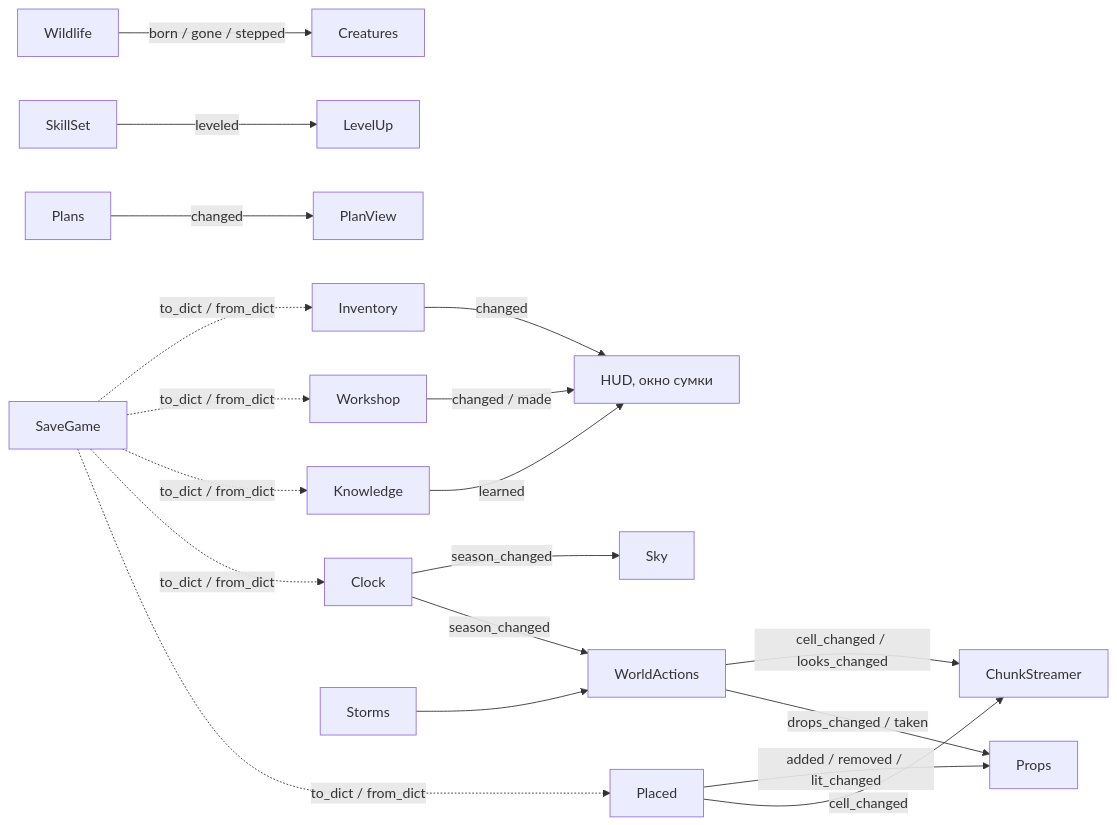
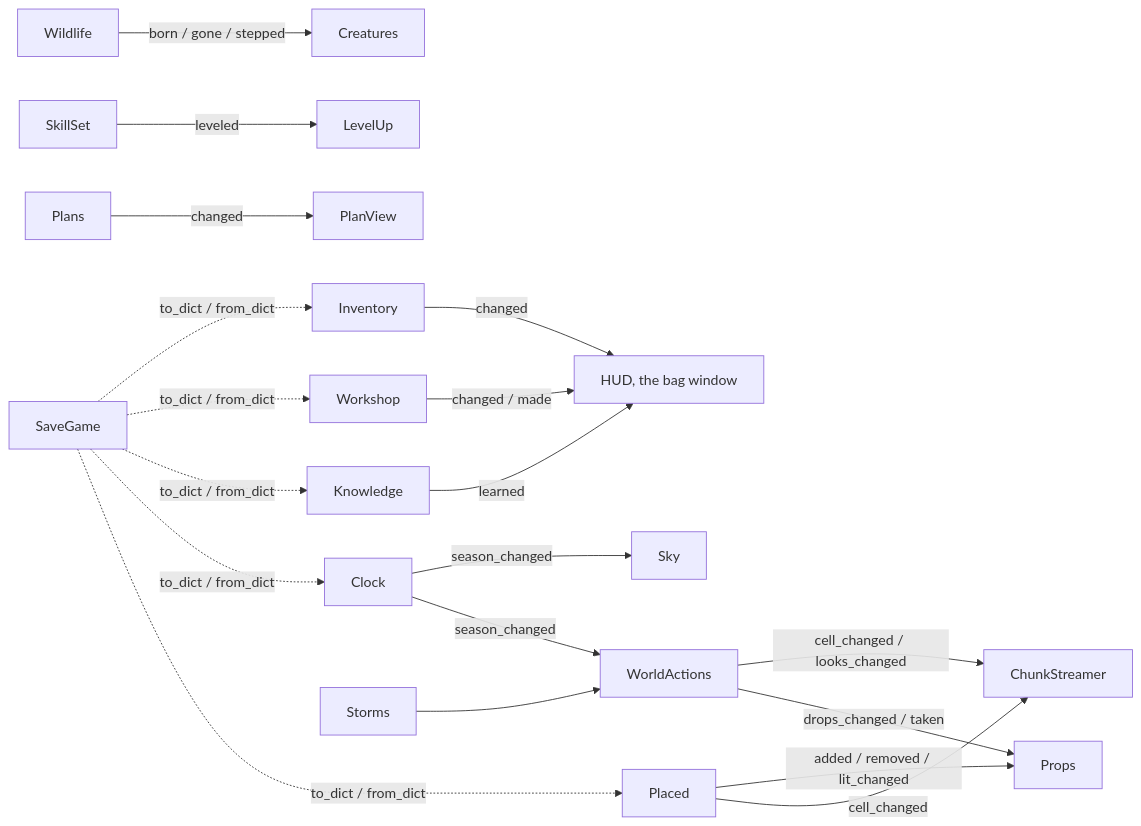
Before and after one commit to randomboygh/survivium: the second of 2 diagrams in docs/DEPENDENCIES.md, drawn with Mermaid. The commit also changed other lines of this file and 16 other files, not shown here.

````diff
--- a/docs/DEPENDENCIES.md
+++ b/docs/DEPENDENCIES.md
@@ -78,17 +79,17 @@
 ```mermaid
 graph LR
   actions["WorldActions"] -- cell_changed / looks_changed --> chunks["ChunkStreamer"]
   actions -- drops_changed / taken --> props["Props"]
   placed["Placed"] -- added / removed / lit_changed --> props
   placed -- cell_changed --> chunks
   wildlife["Wildlife"] -- born / gone / stepped --> creatures["Creatures"]
   clock["Clock"] -- season_changed --> sky["Sky"]
   clock -- season_changed --> actions
-  inventory["Inventory"] -- changed --> hud["HUD, окно сумки"]
+  inventory["Inventory"] -- changed --> hud["HUD, the bag window"]
   workshop["Workshop"] -- changed / made --> hud
   skills["SkillSet"] -- leveled --> levelup["LevelUp"]
   plans["Plans"] -- changed --> planview["PlanView"]
   knowledge["Knowledge"] -- learned --> hud
   storms["Storms"] --> actions
   save["SaveGame"] -. to_dict / from_dict .-> inventory & workshop & knowledge & clock & placed
 ```
````
